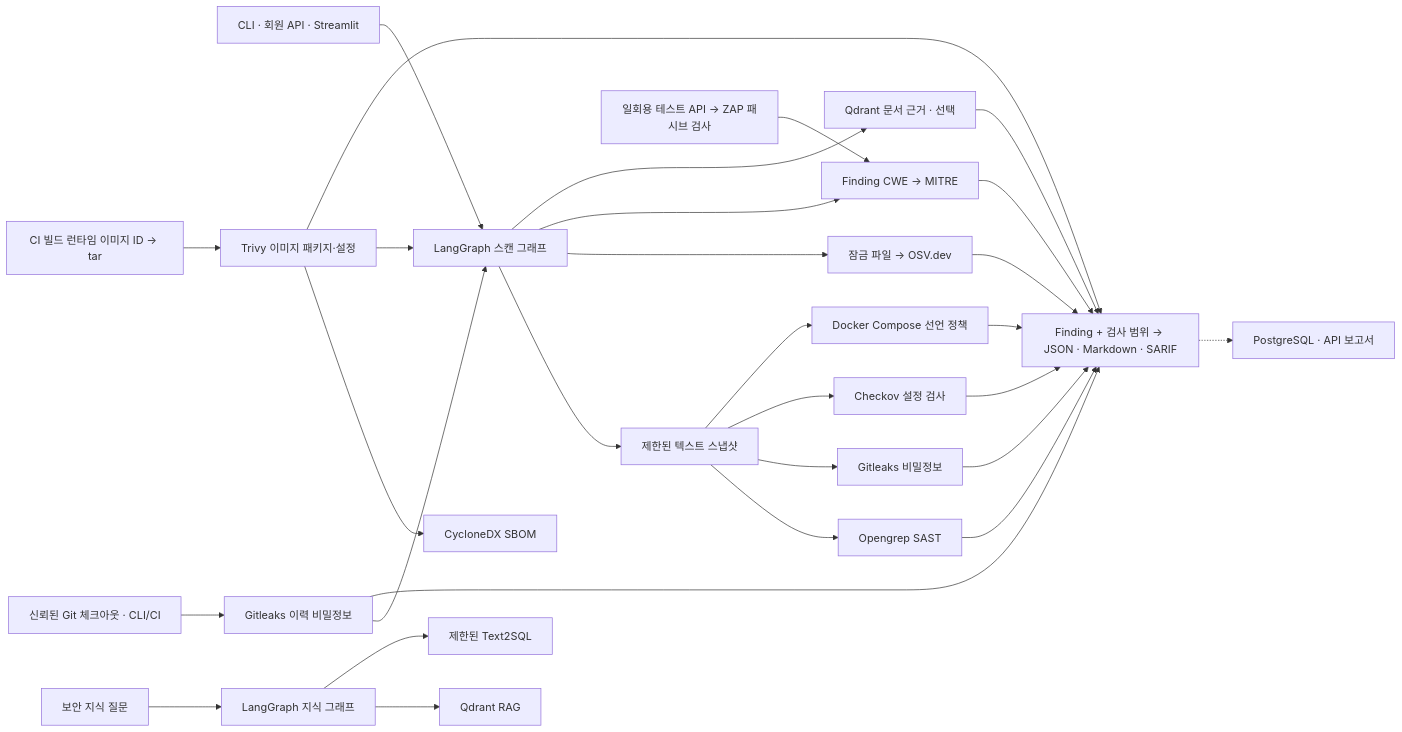
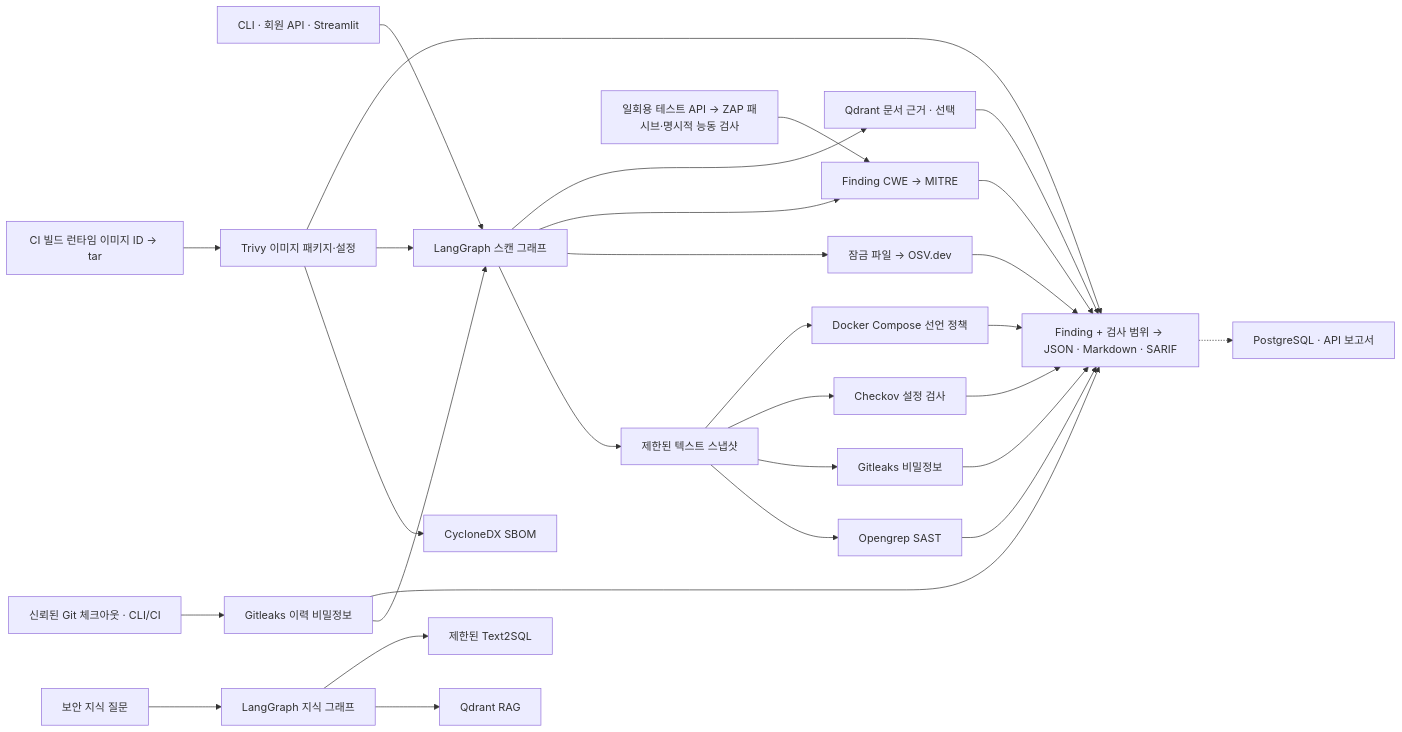
The diagram in README.md (taehyeon-git/SecRAGraph), drawn with Mermaid before and after one commit. The commit also changed other lines of this file and 19 other files, not shown here.

First line of the commit message:
Add bounded active API DAST with CI SQLi evidence (#20)

````diff
--- a/README.md
+++ b/README.md
@@ -51,31 +51,31 @@
 ```mermaid
 flowchart LR
   INPUT["CLI · 회원 API · Streamlit"] --> SCAN["LangGraph 스캔 그래프"]
   SCAN --> SNAP["제한된 텍스트 스냅샷"]
   SNAP --> SAST["Opengrep SAST"]
   SNAP --> SECRET["Gitleaks 비밀정보"]
   HISTORY["신뢰된 Git 체크아웃 · CLI/CI"] --> HISTSECRET["Gitleaks 이력 비밀정보"]
   HISTSECRET --> SCAN
   IMAGE["CI 빌드 런타임 이미지 ID → tar"] --> TRIVY["Trivy 이미지 패키지·설정"]
   TRIVY --> SBOM["CycloneDX SBOM"]
   TRIVY --> SCAN
   SNAP --> CONFIG["Checkov 설정 검사"]
   SNAP --> COMPOSEPOLICY["Docker Compose 선언 정책"]
   SCAN --> OSV["잠금 파일 → OSV.dev"]
   SCAN --> CWE["Finding CWE → MITRE"]
   SCAN --> EVIDENCE["Qdrant 문서 근거 · 선택"]
-  DAST["일회용 테스트 API → ZAP 패시브 검사"] --> CWE
+  DAST["일회용 테스트 API → ZAP 패시브·명시적 능동 검사"] --> CWE
   SAST --> REPORT["Finding + 검사 범위 → JSON · Markdown · SARIF"]
   SECRET --> REPORT
   HISTSECRET --> REPORT
   TRIVY --> REPORT
   CONFIG --> REPORT
   COMPOSEPOLICY --> REPORT
   OSV --> REPORT
   CWE --> REPORT
   EVIDENCE --> REPORT
   REPORT -.-> STORE["PostgreSQL · API 보고서"]
   QUESTION["보안 지식 질문"] --> KNOWLEDGE["LangGraph 지식 그래프"]
   KNOWLEDGE --> RAG["Qdrant RAG"]
   KNOWLEDGE --> SQL["제한된 Text2SQL"]
 ```
````
